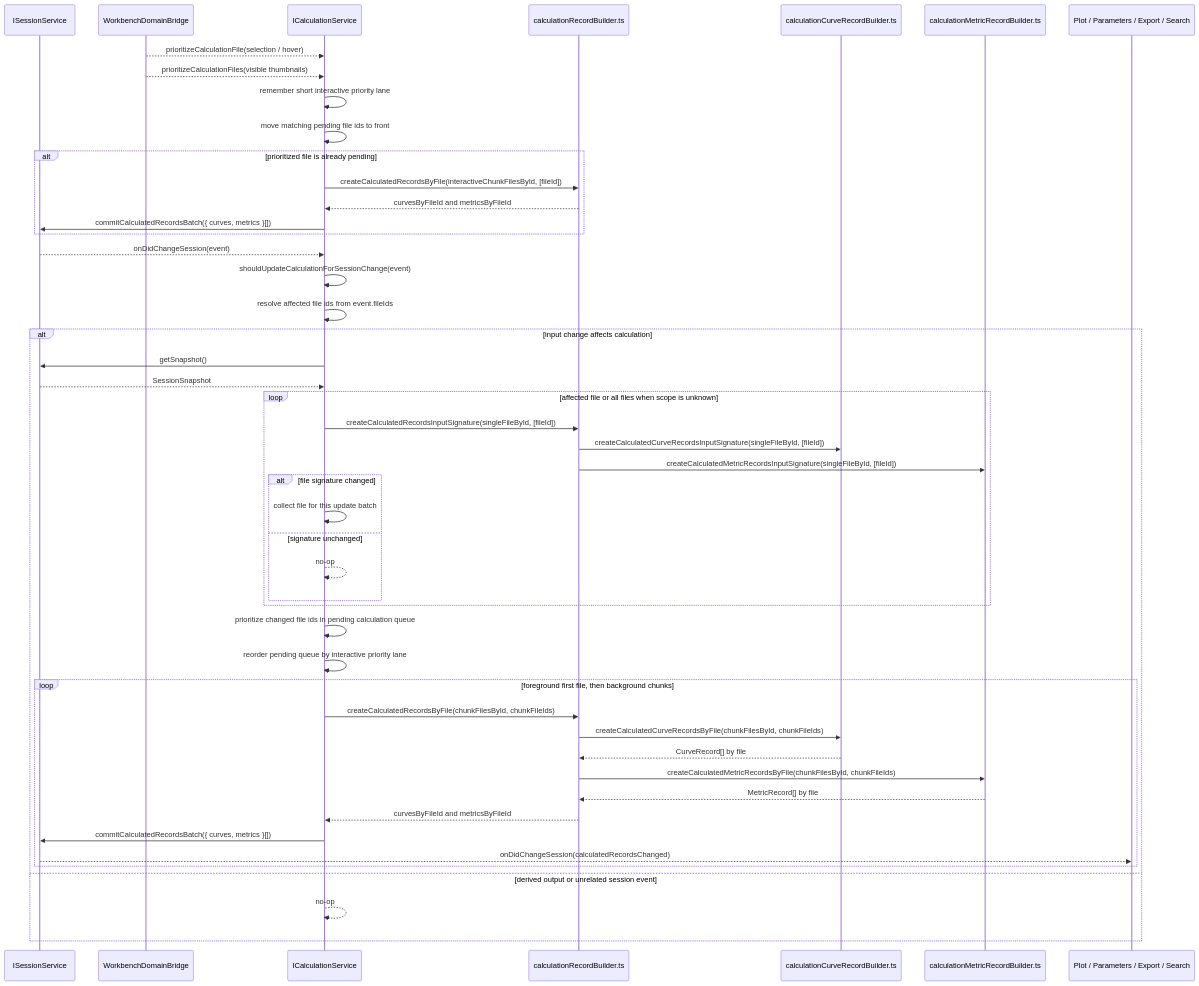
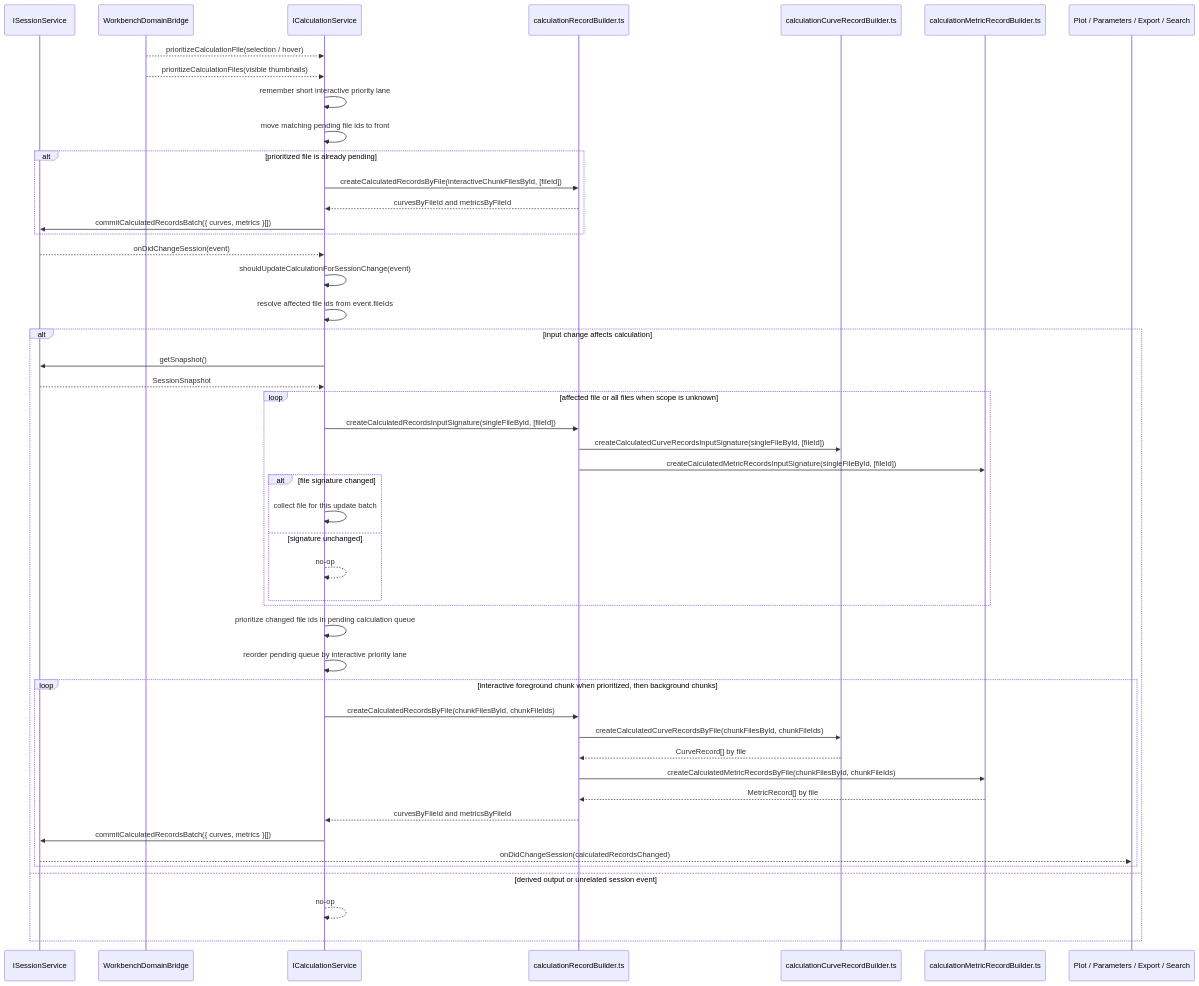
Before and after one commit to chogng/conductor: the second of 2 diagrams in .github/instructions/calculation.instructions.md, drawn with Mermaid. The commit also changed other lines of this file and 10 other files, not shown here.

````diff
--- a/.github/instructions/calculation.instructions.md
+++ b/.github/instructions/calculation.instructions.md
@@ -81,51 +81,51 @@
 ```mermaid
 sequenceDiagram
     participant Session as ISessionService
     participant DomainBridge as WorkbenchDomainBridge
     participant Calculation as ICalculationService
     participant Records as calculationRecordBuilder.ts
     participant Curves as calculationCurveRecordBuilder.ts
     participant Metrics as calculationMetricRecordBuilder.ts
     participant Consumers as Plot / Parameters / Export / Search
 
     DomainBridge-->>Calculation: prioritizeCalculationFile(selection / hover)
     DomainBridge-->>Calculation: prioritizeCalculationFiles(visible thumbnails)
     Calculation->>Calculation: remember short interactive priority lane
     Calculation->>Calculation: move matching pending file ids to front
     alt prioritized file is already pending
         Calculation->>Records: createCalculatedRecordsByFile(interactiveChunkFilesById, [fileId])
         Records-->>Calculation: curvesByFileId and metricsByFileId
         Calculation->>Session: commitCalculatedRecordsBatch({ curves, metrics }[])
     end
     Session-->>Calculation: onDidChangeSession(event)
     Calculation->>Calculation: shouldUpdateCalculationForSessionChange(event)
     Calculation->>Calculation: resolve affected file ids from event.fileIds
     alt input change affects calculation
         Calculation->>Session: getSnapshot()
         Session-->>Calculation: SessionSnapshot
         loop affected file or all files when scope is unknown
             Calculation->>Records: createCalculatedRecordsInputSignature(singleFileById, [fileId])
             Records->>Curves: createCalculatedCurveRecordsInputSignature(singleFileById, [fileId])
             Records->>Metrics: createCalculatedMetricRecordsInputSignature(singleFileById, [fileId])
             alt file signature changed
             Calculation->>Calculation: collect file for this update batch
         else signature unchanged
             Calculation-->>Calculation: no-op
         end
         end
         Calculation->>Calculation: prioritize changed file ids in pending calculation queue
         Calculation->>Calculation: reorder pending queue by interactive priority lane
-        loop foreground first file, then background chunks
+        loop interactive foreground chunk when prioritized, then background chunks
             Calculation->>Records: createCalculatedRecordsByFile(chunkFilesById, chunkFileIds)
             Records->>Curves: createCalculatedCurveRecordsByFile(chunkFilesById, chunkFileIds)
             Curves-->>Records: CurveRecord[] by file
             Records->>Metrics: createCalculatedMetricRecordsByFile(chunkFilesById, chunkFileIds)
             Metrics-->>Records: MetricRecord[] by file
             Records-->>Calculation: curvesByFileId and metricsByFileId
             Calculation->>Session: commitCalculatedRecordsBatch({ curves, metrics }[])
             Session-->>Consumers: onDidChangeSession(calculatedRecordsChanged)
         end
     else derived output or unrelated session event
         Calculation-->>Calculation: no-op
     end
 ```
````
